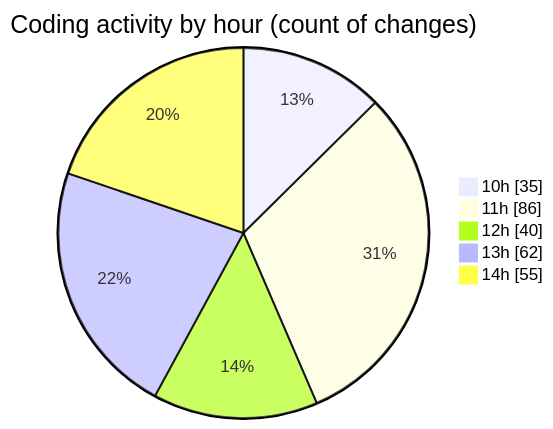
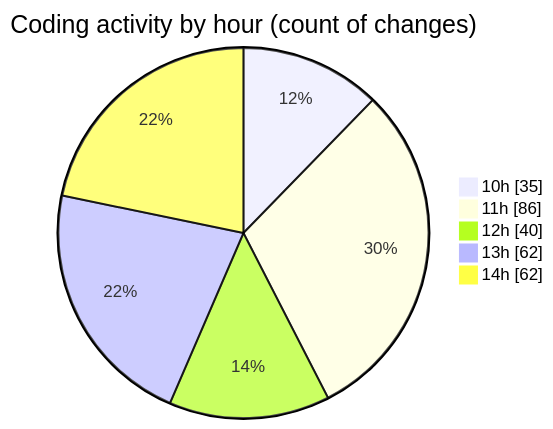
One commit to momahboobian/code-tracking changed the second of 2 diagrams in 2025-03-28/cda/README.md. Above: the diagram before and after it, drawn with Mermaid. The commit also changed other lines of this file and 1 other file, not shown here.

````diff
--- a/2025-03-28/cda/README.md
+++ b/2025-03-28/cda/README.md
@@ -36,9 +36,9 @@
 ```mermaid
 pie showData
 title Coding activity by hour (count of changes)
 "10h" : 35
 "11h" : 86
 "12h" : 40
 "13h" : 62
-"14h" : 55
+"14h" : 62
 ```
````
